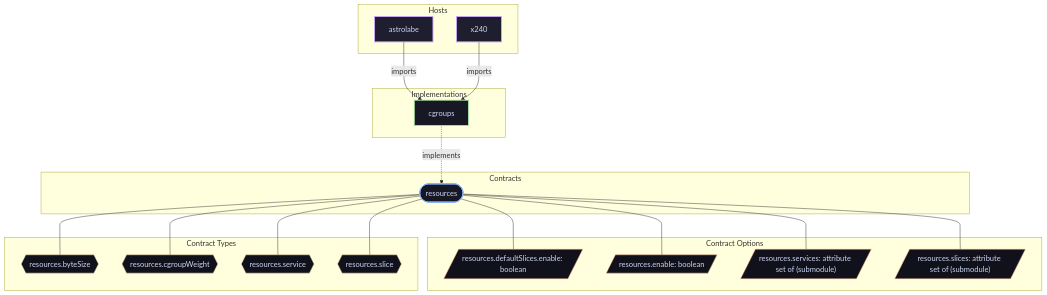
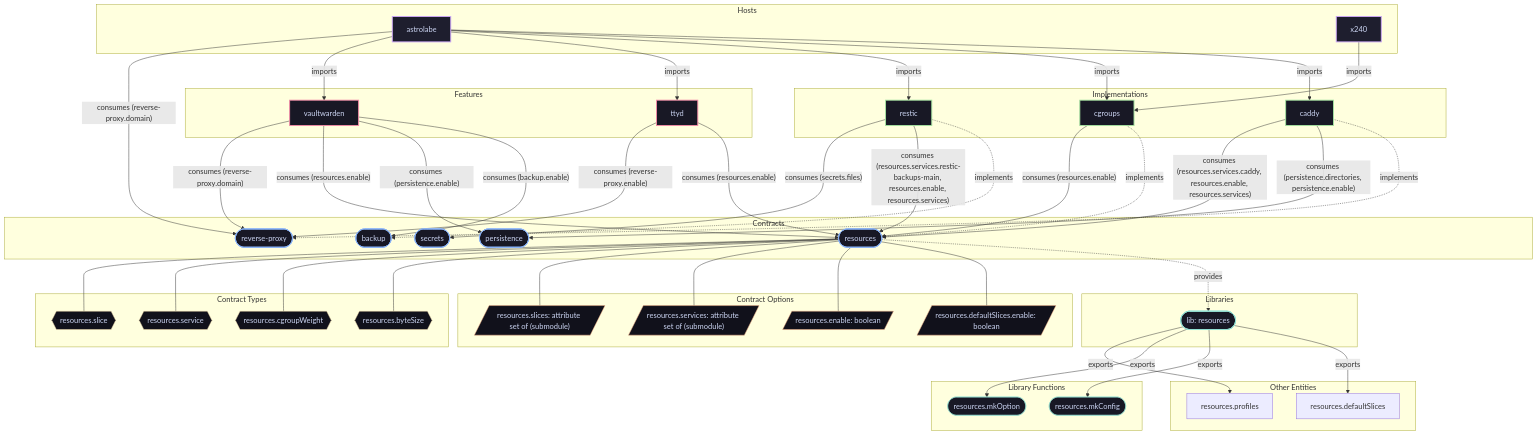
One commit to LW-54/nixconf changed the diagram in docs/contracts/resources.md. Above: the diagram before and after it, drawn with Mermaid. The commit also changed other lines of this file and 66 other files, not shown here.

Commit message:
feat: flake schemas

```diff
--- a/docs/contracts/resources.md
+++ b/docs/contracts/resources.md
@@ -20,11 +20,26 @@
     end
 
     subgraph Contracts["Contracts"]
+        contract__backup(["backup"]):::contractNode
+        contract__persistence(["persistence"]):::contractNode
         contract__resources(["resources"]):::contractNode
+        contract__reverse_proxy(["reverse-proxy"]):::contractNode
+        contract__secrets(["secrets"]):::contractNode
     end
 
     subgraph Implementations["Implementations"]
+        impl__caddy["caddy"]:::implNode
         impl__cgroups["cgroups"]:::implNode
+        impl__restic["restic"]:::implNode
+    end
+
+    subgraph Features["Features"]
+        feature__ttyd["ttyd"]:::featureNode
+        feature__vaultwarden["vaultwarden"]:::featureNode
+    end
+
+    subgraph Libraries["Libraries"]
+        lib__resources(["lib: resources"]):::libNode
     end
 
     subgraph ContractOptions["Contract Options"]
@@ -41,10 +56,39 @@
         type__resources_slice{{"resources.slice"}}:::typeNode
     end
 
+    subgraph Functions["Library Functions"]
+        fn__resources_mkConfig(["resources.mkConfig"]):::fnNode
+        fn__resources_mkOption(["resources.mkOption"]):::fnNode
+    end
 
+    subgraph OtherNodes["Other Entities"]
+        fn__resources_defaultSlices["resources.defaultSlices"]
+        fn__resources_profiles["resources.profiles"]
+    end
+
+
+    host__astrolabe -->|"imports"| impl__caddy
     host__astrolabe -->|"imports"| impl__cgroups
+    host__astrolabe -->|"imports"| impl__restic
+    host__astrolabe -->|"imports"| feature__ttyd
+    host__astrolabe -->|"imports"| feature__vaultwarden
     host__x240 -->|"imports"| impl__cgroups
+    impl__caddy -.->|"implements"| contract__reverse_proxy
     impl__cgroups -.->|"implements"| contract__resources
+    impl__restic -.->|"implements"| contract__backup
+    host__astrolabe -->|"consumes (reverse-proxy.domain)"| contract__reverse_proxy
+    feature__ttyd -->|"consumes (resources.enable)"| contract__resources
+    feature__ttyd -->|"consumes (reverse-proxy.enable)"| contract__reverse_proxy
+    feature__vaultwarden -->|"consumes (backup.enable)"| contract__backup
+    feature__vaultwarden -->|"consumes (persistence.enable)"| contract__persistence
+    feature__vaultwarden -->|"consumes (resources.enable)"| contract__resources
+    feature__vaultwarden -->|"consumes (reverse-proxy.domain)"| contract__reverse_proxy
+    impl__caddy -->|"consumes (persistence.directories, persistence.enable)"| contract__persistence
+    impl__caddy -->|"consumes (resources.services.caddy, resources.enable, resources.services)"| contract__resources
+    impl__cgroups -->|"consumes (resources.enable)"| contract__resources
+    impl__restic -->|"consumes (resources.services.restic-backups-main, resources.enable, resources.services)"| contract__resources
+    impl__restic -->|"consumes (secrets.files)"| contract__secrets
+    contract__resources -.->|"provides"| lib__resources
     contract__resources --- opt__resources_defaultSlices_enable
     contract__resources --- opt__resources_enable
     contract__resources --- opt__resources_services
@@ -53,6 +97,10 @@
     contract__resources --- type__resources_cgroupWeight
     contract__resources --- type__resources_service
     contract__resources --- type__resources_slice
+    lib__resources -->|"exports"| fn__resources_defaultSlices
+    lib__resources -->|"exports"| fn__resources_mkConfig
+    lib__resources -->|"exports"| fn__resources_mkOption
+    lib__resources -->|"exports"| fn__resources_profiles
 
 classDef hostNode fill:#1e1e2e,stroke:#cba6f7,stroke-width:2px,color:#cdd6f4;
 classDef contractNode fill:#181825,stroke:#89b4fa,stroke-width:2px,color:#cdd6f4;
```
